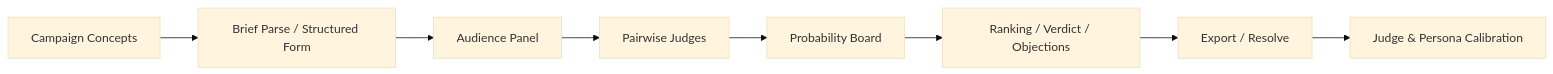
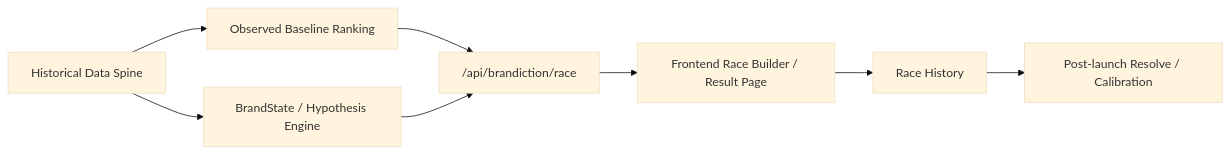
One commit to fantasyslr/MiroFishmoody changed the diagram in README-EN.md. Above: the diagram before and after it, drawn with Mermaid (base theme). The commit also changed other lines of this file and 1 other file, not shown here.

Commit message:
docs: reframe readmes around brandiction v3

````diff
--- a/README-EN.md
+++ b/README-EN.md
@@ -88,10 +104,10 @@
 ```mermaid
 flowchart LR
-  A["Campaign Concepts"] --> B["Brief Parse / Structured Form"]
-  B --> C["Audience Panel"]
-  C --> D["Pairwise Judges"]
-  D --> E["Probability Board"]
-  E --> F["Ranking / Verdict / Objections"]
-  F --> G["Export / Resolve"]
-  G --> H["Judge & Persona Calibration"]
+  A["Historical Data Spine"] --> B["Observed Baseline Ranking"]
+  A --> C["BrandState / Hypothesis Engine"]
+  B --> D["/api/brandiction/race"]
+  C --> D
+  D --> E["Frontend Race Builder / Result Page"]
+  E --> F["Race History"]
+  F --> G["Post-launch Resolve / Calibration"]
 ```
````
